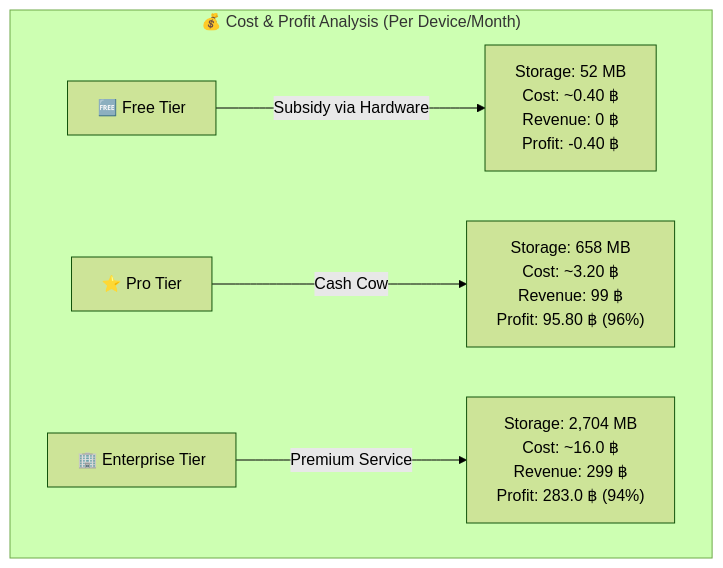
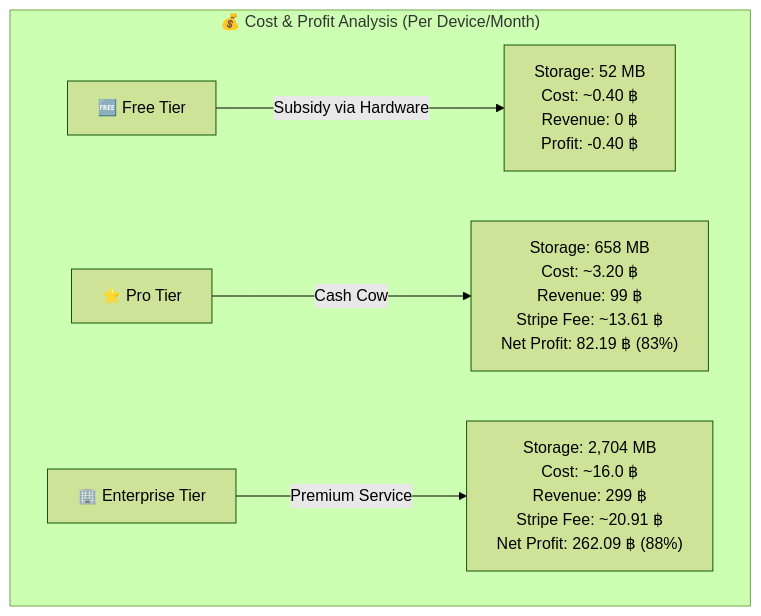
The seventh of 30 diagrams in BILLING_AND_TIERS_SYSTEM.md (u65042380107/share), drawn with Mermaid (forest theme) before and after one commit. The commit also changed other lines of this file, not shown here.

````diff
--- a/BILLING_AND_TIERS_SYSTEM.md
+++ b/BILLING_AND_TIERS_SYSTEM.md
@@ -419,18 +419,18 @@
 ```mermaid
 flowchart TD
     subgraph Cost_Analysis ["💰 Cost & Profit Analysis (Per Device/Month)"]
         direction LR
         
         T_Free["🆓 Free Tier"]
         T_Pro["⭐ Pro Tier"]
         T_Ent["🏢 Enterprise Tier"]
         
         C_Free["Storage: 52 MB<br/>Cost: ~0.40 ฿<br/>Revenue: 0 ฿<br/>Profit: -0.40 ฿"]
-        C_Pro["Storage: 658 MB<br/>Cost: ~3.20 ฿<br/>Revenue: 99 ฿<br/>Profit: 95.80 ฿ (96%)"]
-        C_Ent["Storage: 2,704 MB<br/>Cost: ~16.0 ฿<br/>Revenue: 299 ฿<br/>Profit: 283.0 ฿ (94%)"]
+        C_Pro["Storage: 658 MB<br/>Cost: ~3.20 ฿<br/>Revenue: 99 ฿<br/>Stripe Fee: ~13.61 ฿<br/>Net Profit: 82.19 ฿ (83%)"]
+        C_Ent["Storage: 2,704 MB<br/>Cost: ~16.0 ฿<br/>Revenue: 299 ฿<br/>Stripe Fee: ~20.91 ฿<br/>Net Profit: 262.09 ฿ (88%)"]
         
         T_Free -->|"Subsidy via Hardware"| C_Free
         T_Pro -->|"Cash Cow"| C_Pro
         T_Ent -->|"Premium Service"| C_Ent
     end
 ```
````
